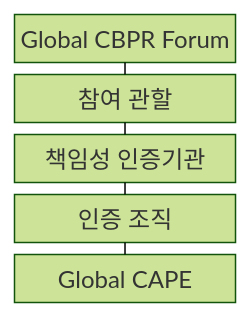
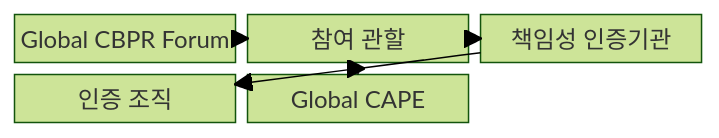
One commit to agnusdei1207/knowledge-base changed the first of 2 diagrams in src/content/docs/notes/05-security/102_cbpr_cross_border_privacy_rules.md. Above: the diagram before and after it, drawn with Mermaid (forest theme). The commit also changed other lines of this file and 20 other files, not shown here.

````diff
--- a/src/content/docs/notes/05-security/102_cbpr_cross_border_privacy_rules.md
+++ b/src/content/docs/notes/05-security/102_cbpr_cross_border_privacy_rules.md
@@ -52,13 +52,13 @@
 ```mermaid
-block-beta
-  columns 1
+block
+  columns 3
   F["Global CBPR Forum"]
   J["참여 관할"]
   A["책임성 인증기관"]
   O["인증 조직"]
   C["Global CAPE"]
-  F --- J
-  J --- A
-  A --- O
-  O --- C
+  F --> J
+  J --> A
+  A --> O
+  C --> J
 ```
````
